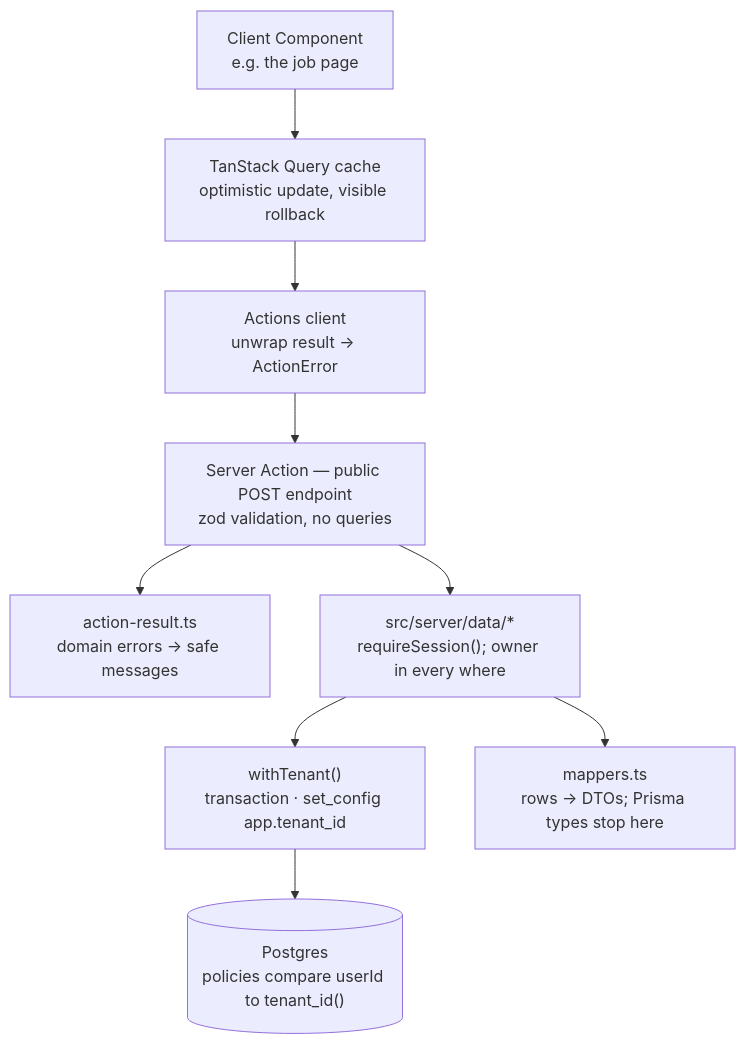
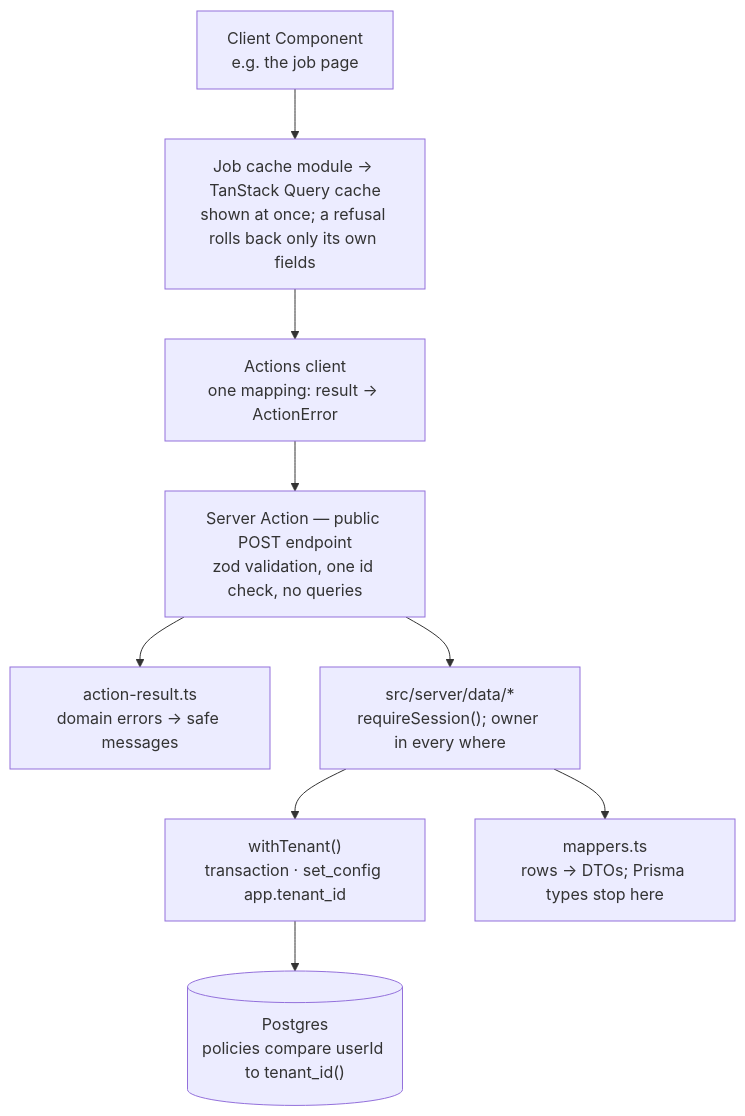
Before and after one commit to craigblunden/trailhead: the second of 6 diagrams in docs/architecture.md, drawn with Mermaid. The commit also changed other lines of this file and 56 other files, not shown here.

````diff
--- a/docs/architecture.md
+++ b/docs/architecture.md
@@ -66,16 +66,16 @@
 ```mermaid
 flowchart TB
   component["Client Component<br/>e.g. the job page"]
-  cache["TanStack Query cache<br/>optimistic update, visible rollback"]
-  client["Actions client<br/>unwrap result → ActionError"]
-  action["Server Action — public POST endpoint<br/>zod validation, no queries"]
+  cache["Job cache module → TanStack Query cache<br/>shown at once; a refusal rolls back only its own fields"]
+  client["Actions client<br/>one mapping: result → ActionError"]
+  action["Server Action — public POST endpoint<br/>zod validation, one id check, no queries"]
   result["action-result.ts<br/>domain errors → safe messages"]
   data["src/server/data/*<br/>requireSession(); owner in every where"]
   tenant["withTenant()<br/>transaction · set_config app.tenant_id"]
   mappers["mappers.ts<br/>rows → DTOs; Prisma types stop here"]
   db[("Postgres<br/>policies compare userId to tenant_id()")]
 
   component --> cache --> client --> action --> data --> tenant --> db
   data --> mappers
   action --> result
 ```
````
